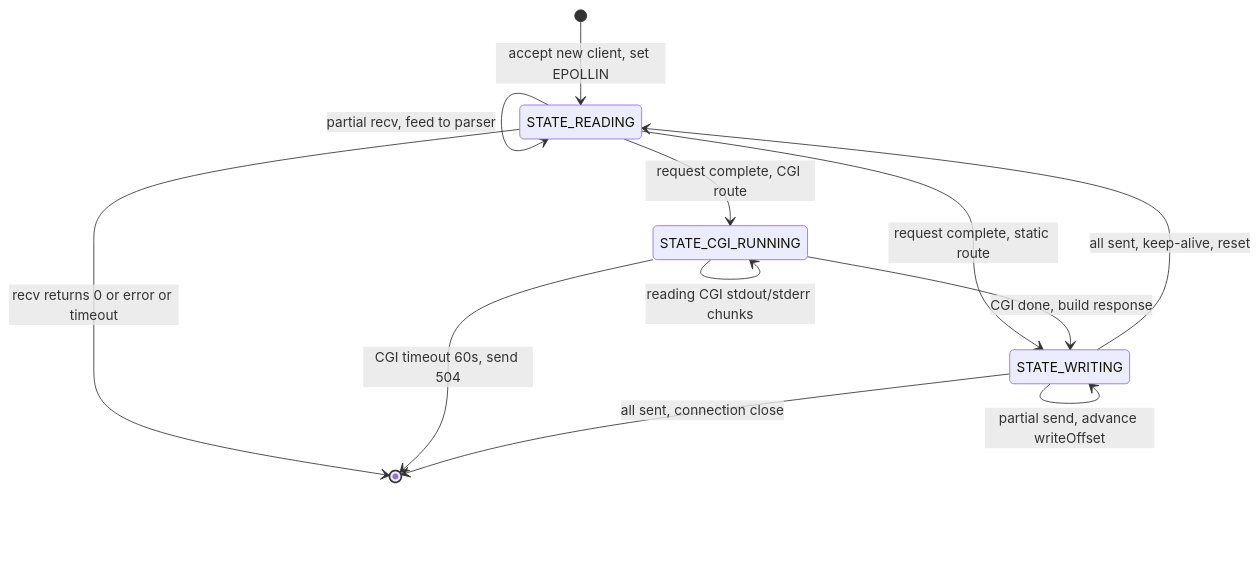
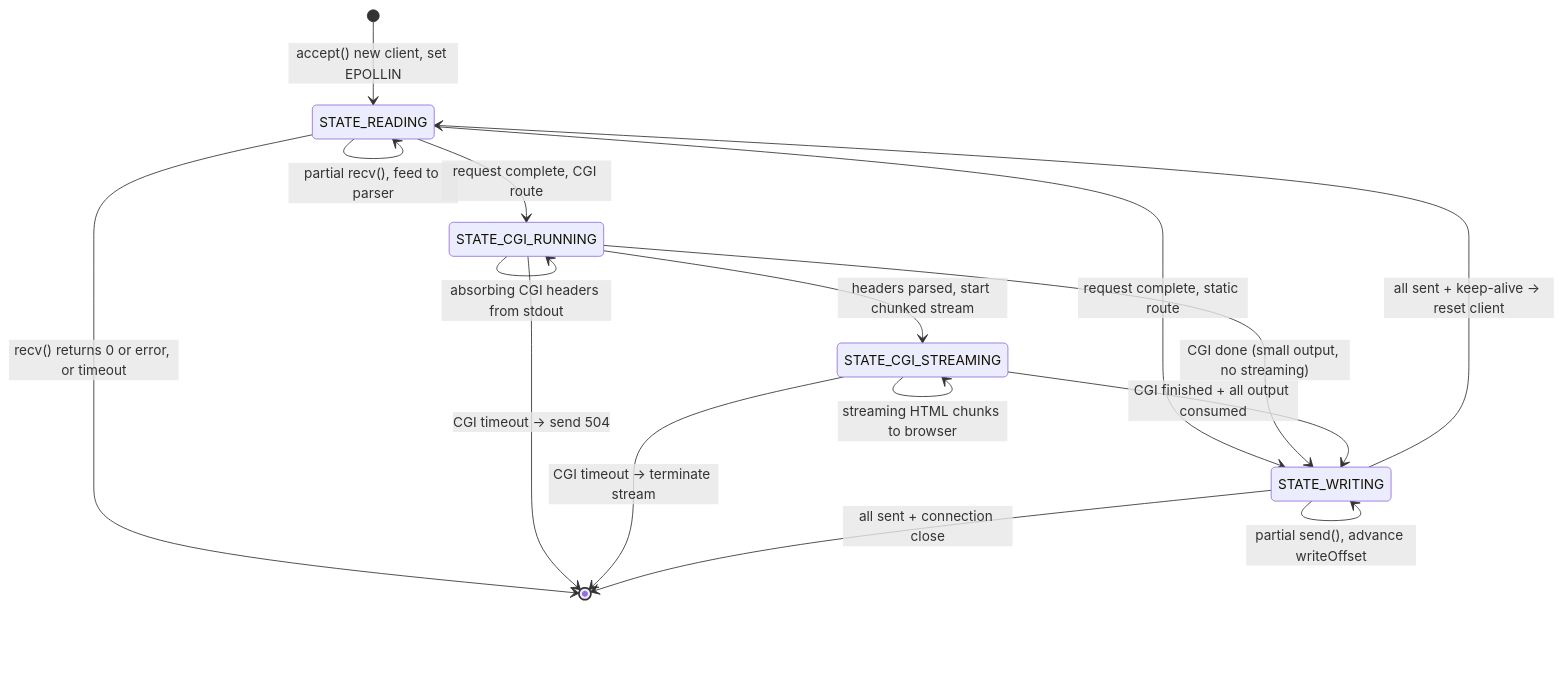
Before and after one commit to aziddineelm/Webserv: the fifth of 7 diagrams in README/personAtmp/architecture_and_flow_diagrams.md, drawn with Mermaid. The commit also changed other lines of this file and 1 other file, not shown here.

Commit message:
docs: update architecture documentation and remove redundant phase concepts file

````diff
--- a/README/personAtmp/architecture_and_flow_diagrams.md
+++ b/README/personAtmp/architecture_and_flow_diagrams.md
@@ -401,17 +409,22 @@
 ```mermaid
 stateDiagram-v2
-    [*] --> STATE_READING : accept new client, set EPOLLIN
+    [*] --> STATE_READING : accept() new client, set EPOLLIN
 
-    STATE_READING --> STATE_READING : partial recv, feed to parser
+    STATE_READING --> STATE_READING : partial recv(), feed to parser
     STATE_READING --> STATE_WRITING : request complete, static route
     STATE_READING --> STATE_CGI_RUNNING : request complete, CGI route
-    STATE_READING --> [*] : recv returns 0 or error or timeout
+    STATE_READING --> [*] : recv() returns 0 or error, or timeout
 
-    STATE_CGI_RUNNING --> STATE_CGI_RUNNING : reading CGI stdout/stderr chunks
-    STATE_CGI_RUNNING --> STATE_WRITING : CGI done, build response
-    STATE_CGI_RUNNING --> [*] : CGI timeout 60s, send 504
+    STATE_CGI_RUNNING --> STATE_CGI_RUNNING : absorbing CGI headers from stdout
+    STATE_CGI_RUNNING --> STATE_CGI_STREAMING : headers parsed, start chunked stream
+    STATE_CGI_RUNNING --> STATE_WRITING : CGI done (small output, no streaming)
+    STATE_CGI_RUNNING --> [*] : CGI timeout → send 504
 
-    STATE_WRITING --> STATE_WRITING : partial send, advance writeOffset
-    STATE_WRITING --> STATE_READING : all sent, keep-alive, reset
-    STATE_WRITING --> [*] : all sent, connection close
+    STATE_CGI_STREAMING --> STATE_CGI_STREAMING : streaming HTML chunks to browser
+    STATE_CGI_STREAMING --> STATE_WRITING : CGI finished + all output consumed
+    STATE_CGI_STREAMING --> [*] : CGI timeout → terminate stream
+
+    STATE_WRITING --> STATE_WRITING : partial send(), advance writeOffset
+    STATE_WRITING --> STATE_READING : all sent + keep-alive → reset client
+    STATE_WRITING --> [*] : all sent + connection close
 ```
````
